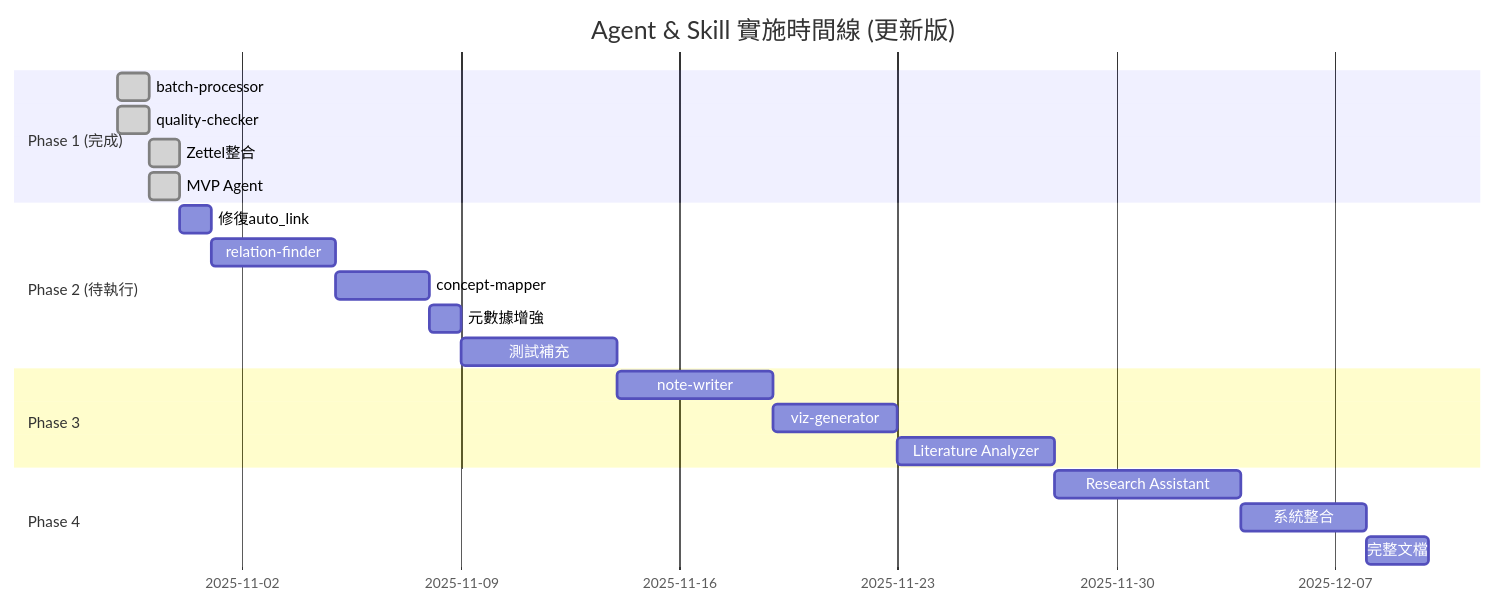
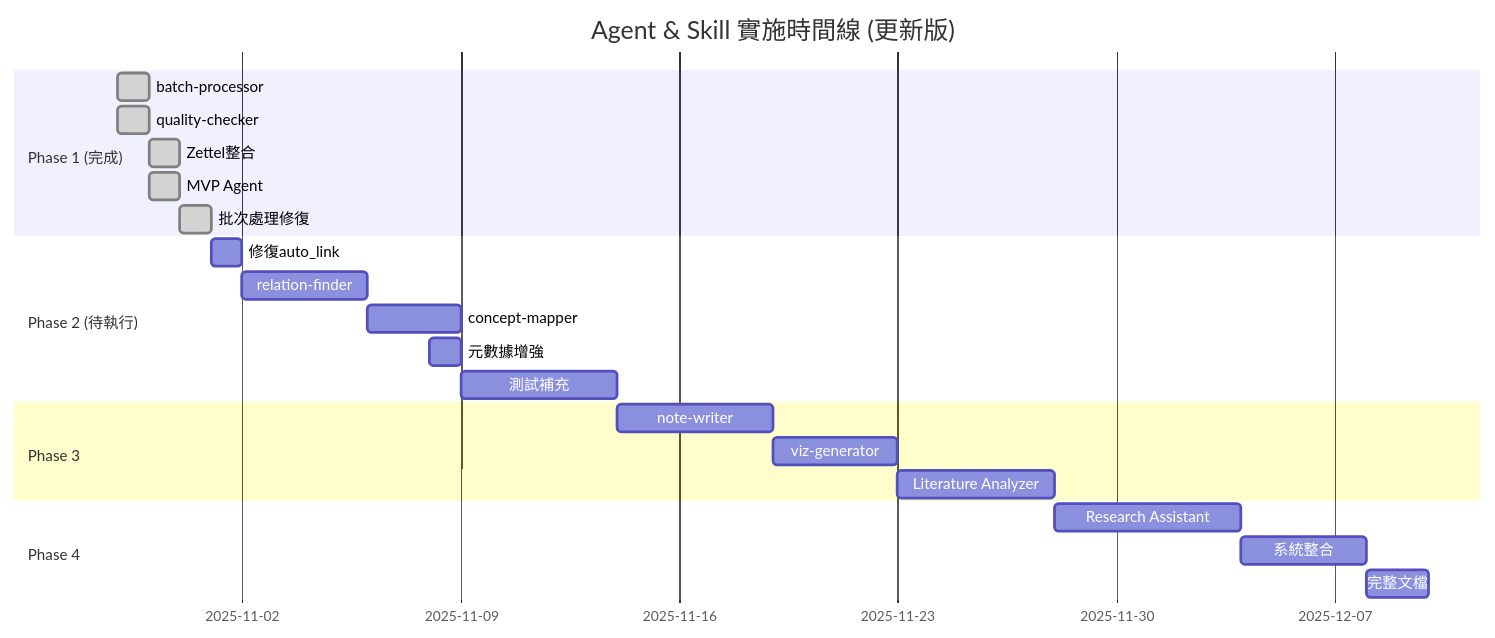
Before and after one commit to SCgeeker/Claude_Journal_Club_Agents: the diagram in AGENT_SKILL_DESIGN.md, drawn with Mermaid. The commit also changed other lines of this file, not shown here.

````diff
--- a/AGENT_SKILL_DESIGN.md
+++ b/AGENT_SKILL_DESIGN.md
@@ -536,28 +540,29 @@
 ```mermaid
 gantt
     title Agent & Skill 實施時間線 (更新版)
     dateFormat  YYYY-MM-DD
 
     section Phase 1 (完成)
     batch-processor       :done, p1-1, 2025-10-29, 1d
     quality-checker       :done, p1-2, 2025-10-29, 1d
     Zettel整合            :done, p1-3, 2025-10-30, 1d
     MVP Agent             :done, p1-4, 2025-10-30, 1d
+    批次處理修復          :done, p1-5, 2025-10-31, 1d
 
     section Phase 2 (待執行)
-    修復auto_link         :p2-0, 2025-10-31, 1d
-    relation-finder       :p2-1, 2025-11-01, 4d
-    concept-mapper        :p2-2, 2025-11-05, 3d
+    修復auto_link         :p2-0, 2025-11-01, 1d
+    relation-finder       :p2-1, 2025-11-02, 4d
+    concept-mapper        :p2-2, 2025-11-06, 3d
     元數據增強            :p2-3, 2025-11-08, 1d
     測試補充              :p2-4, 2025-11-09, 5d
 
     section Phase 3
     note-writer           :p3-1, 2025-11-14, 5d
     viz-generator         :p3-2, 2025-11-19, 4d
     Literature Analyzer   :p3-3, 2025-11-23, 5d
 
     section Phase 4
     Research Assistant    :p4-1, 2025-11-28, 6d
     系統整合              :p4-2, 2025-12-04, 4d
     完整文檔              :p4-3, 2025-12-08, 2d
 ```
````
